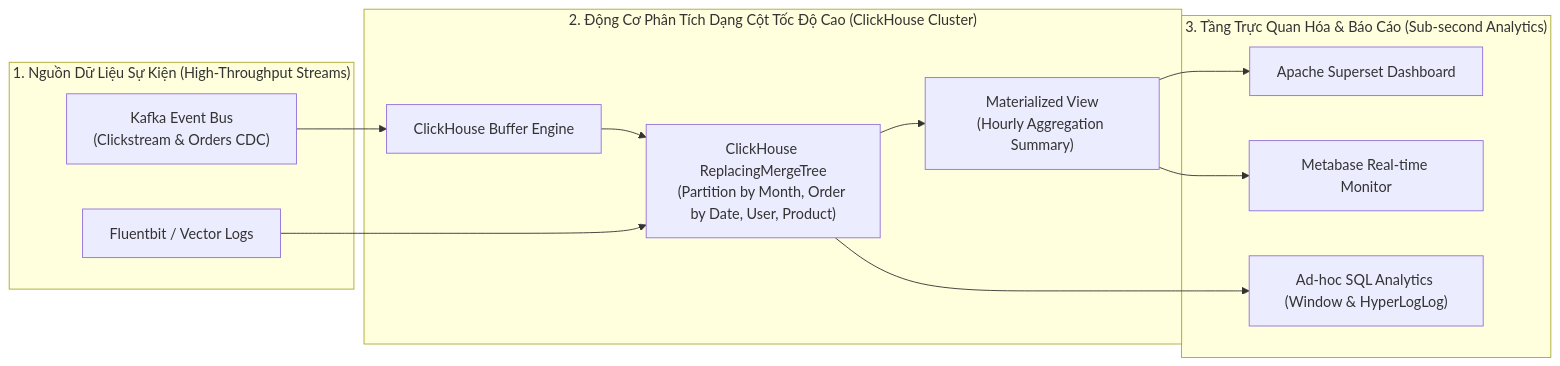
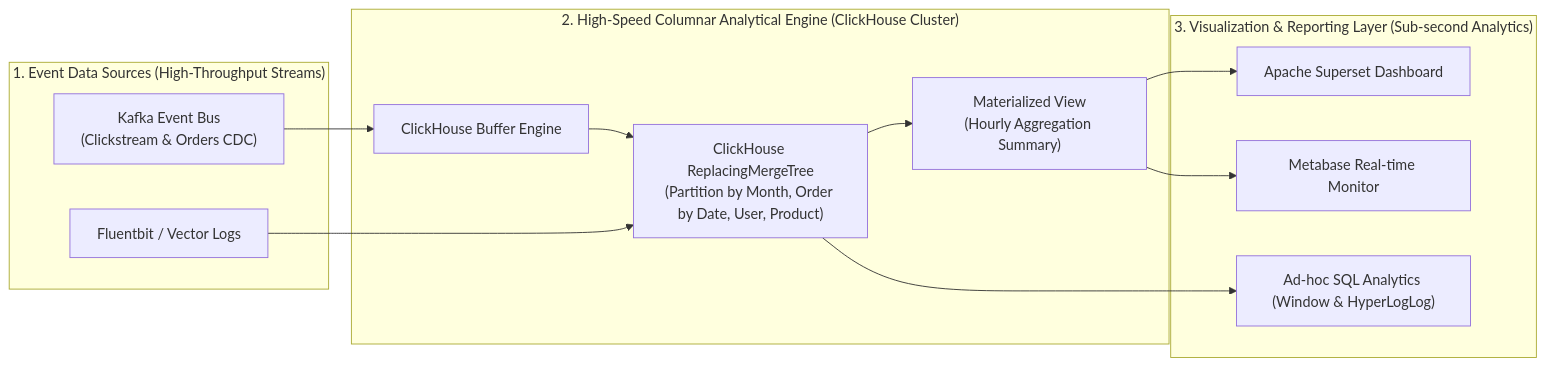
One commit to ga2631/ga2631.github.io changed the second of 2 diagrams in src/data/blog/en/60-2026-08-18-mastering-olap-database-architecture-columnar-storage-vectorized-execution-data-analytics.md. Above: the diagram before and after it, drawn with Mermaid. The commit also changed other lines of this file and 74 other files, not shown here.

````diff
--- a/src/data/blog/en/60-2026-08-18-mastering-olap-database-architecture-columnar-storage-vectorized-execution-data-analytics.md
+++ b/src/data/blog/en/60-2026-08-18-mastering-olap-database-architecture-columnar-storage-vectorized-execution-data-analytics.md
@@ -109,27 +109,27 @@
 ```mermaid
 flowchart LR
-    subgraph EventStream ["1. Nguồn Dữ Liệu Sự Kiện (High-Throughput Streams)"]
+    subgraph EventStream ["1. Event Data Sources (High-Throughput Streams)"]
         KafkaEvents["Kafka Event Bus<br/>(Clickstream & Orders CDC)"]
         AppLogs["Fluentbit / Vector Logs"]
     end
 
-    subgraph RealTimeOLAP ["2. Động Cơ Phân Tích Dạng Cột Tốc Độ Cao (ClickHouse Cluster)"]
+    subgraph RealTimeOLAP ["2. High-Speed Columnar Analytical Engine (ClickHouse Cluster)"]
         CHBuffer["ClickHouse Buffer Engine"]
         CHMergeTree["ClickHouse ReplacingMergeTree<br/>(Partition by Month, Order by Date, User, Product)"]
         CHMaterialized["Materialized View<br/>(Hourly Aggregation Summary)"]
 
         KafkaEvents --> CHBuffer --> CHMergeTree
         AppLogs --> CHMergeTree
         CHMergeTree --> CHMaterialized
     end
 
-    subgraph VisualAnalytics ["3. Tầng Trực Quan Hóa & Báo Cáo (Sub-second Analytics)"]
+    subgraph VisualAnalytics ["3. Visualization & Reporting Layer (Sub-second Analytics)"]
         Superset["Apache Superset Dashboard"]
         Metabase["Metabase Real-time Monitor"]
         DataAnalysts["Ad-hoc SQL Analytics (Window & HyperLogLog)"]
 
         CHMergeTree --> DataAnalysts
         CHMaterialized --> Superset
         CHMaterialized --> Metabase
     end
 ```
````
